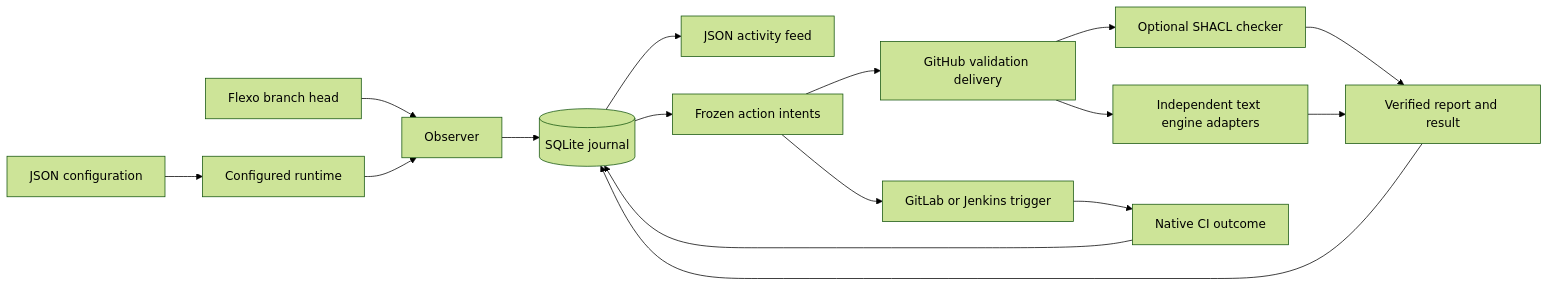
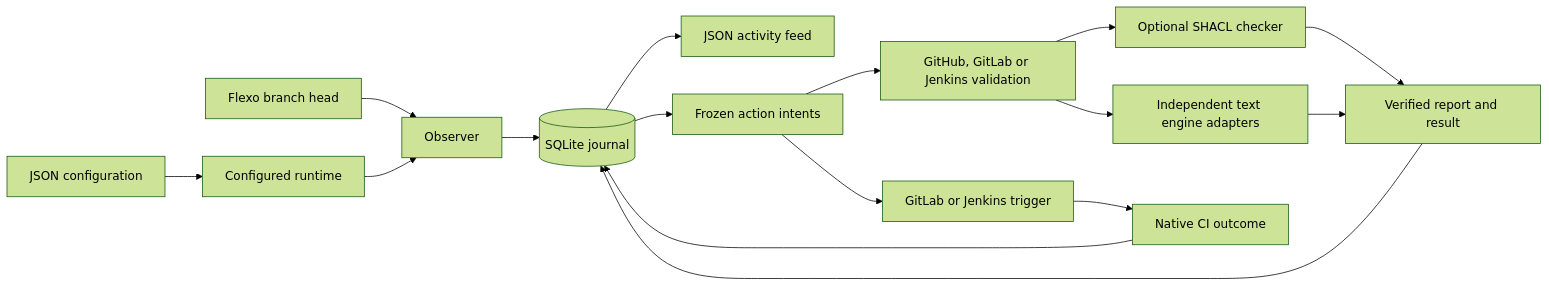
Before and after one commit to Open-MBEE/flexo-change-adapter: the diagram in docs/architecture.md, drawn with Mermaid (forest theme). The commit also changed other lines of this file and 34 other files, not shown here.

Commit message:
feat: support verified Jenkins and GitLab validation

````diff
--- a/docs/architecture.md
+++ b/docs/architecture.md
@@ -5,18 +5,18 @@
 ```mermaid
 flowchart LR
     C[JSON configuration] --> R[Configured runtime]
     F[Flexo branch head] --> O[Observer]
     R --> O
     O --> J[(SQLite journal)]
     J --> P[JSON activity feed]
     J --> A[Frozen action intents]
-    A --> G[GitHub validation delivery]
+    A --> G[GitHub, GitLab or Jenkins validation]
     G --> S[Optional SHACL checker]
     G --> V[Independent text engine adapters]
     A --> T[GitLab or Jenkins trigger]
     S --> E[Verified report and result]
     V --> E
     T --> N[Native CI outcome]
     E --> J
     N --> J
 ```
````
